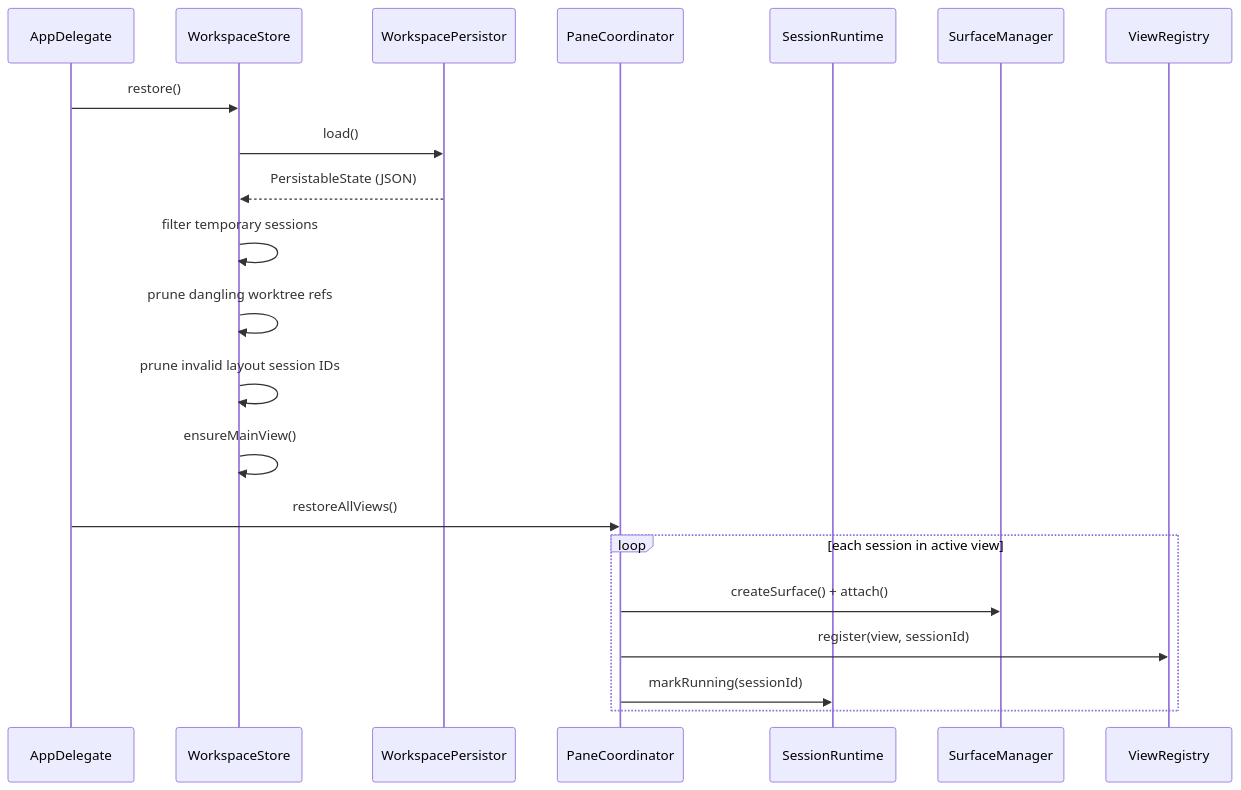
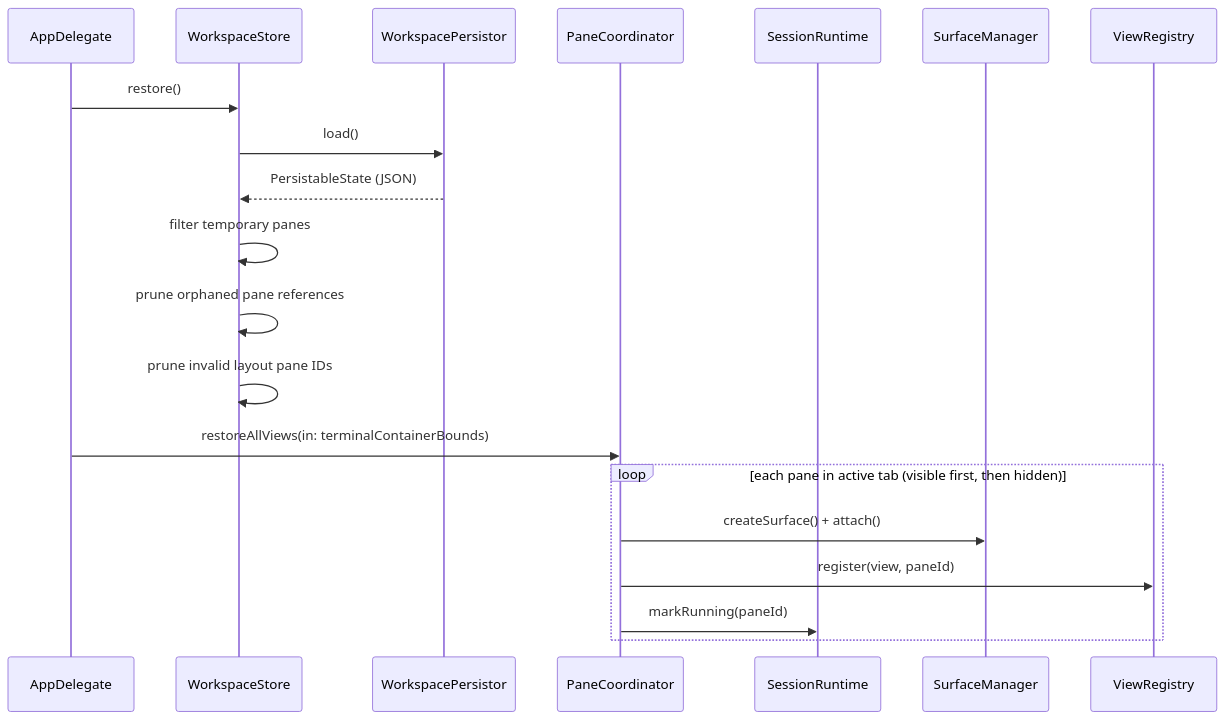
The third of 3 diagrams in docs/architecture/component_architecture.md (ShravanSunder/agentstudio), drawn with Mermaid before and after one commit. The commit also changed other lines of this file and 9 other files, not shown here.

First line of the commit message:
docs: hard-cut architecture docs to match pane-centric codebase

````diff
--- a/docs/architecture/component_architecture.md
+++ b/docs/architecture/component_architecture.md
@@ -799,25 +909,24 @@
 ```mermaid
 sequenceDiagram
     participant AD as AppDelegate
     participant Store as WorkspaceStore
     participant P as WorkspacePersistor
     participant Coord as PaneCoordinator
     participant RT as SessionRuntime
     participant SM as SurfaceManager
     participant VR as ViewRegistry
 
     AD->>Store: restore()
     Store->>P: load()
     P-->>Store: PersistableState (JSON)
-    Store->>Store: filter temporary sessions
-    Store->>Store: prune dangling worktree refs
-    Store->>Store: prune invalid layout session IDs
-    Store->>Store: ensureMainView()
+    Store->>Store: filter temporary panes
+    Store->>Store: prune orphaned pane references
+    Store->>Store: prune invalid layout pane IDs
 
-    AD->>Coord: restoreAllViews()
-    loop each session in active view
+    AD->>Coord: restoreAllViews(in: terminalContainerBounds)
+    loop each pane in active tab (visible first, then hidden)
         Coord->>SM: createSurface() + attach()
-        Coord->>VR: register(view, sessionId)
-        Coord->>RT: markRunning(sessionId)
+        Coord->>VR: register(view, paneId)
+        Coord->>RT: markRunning(paneId)
     end
 ```
````
